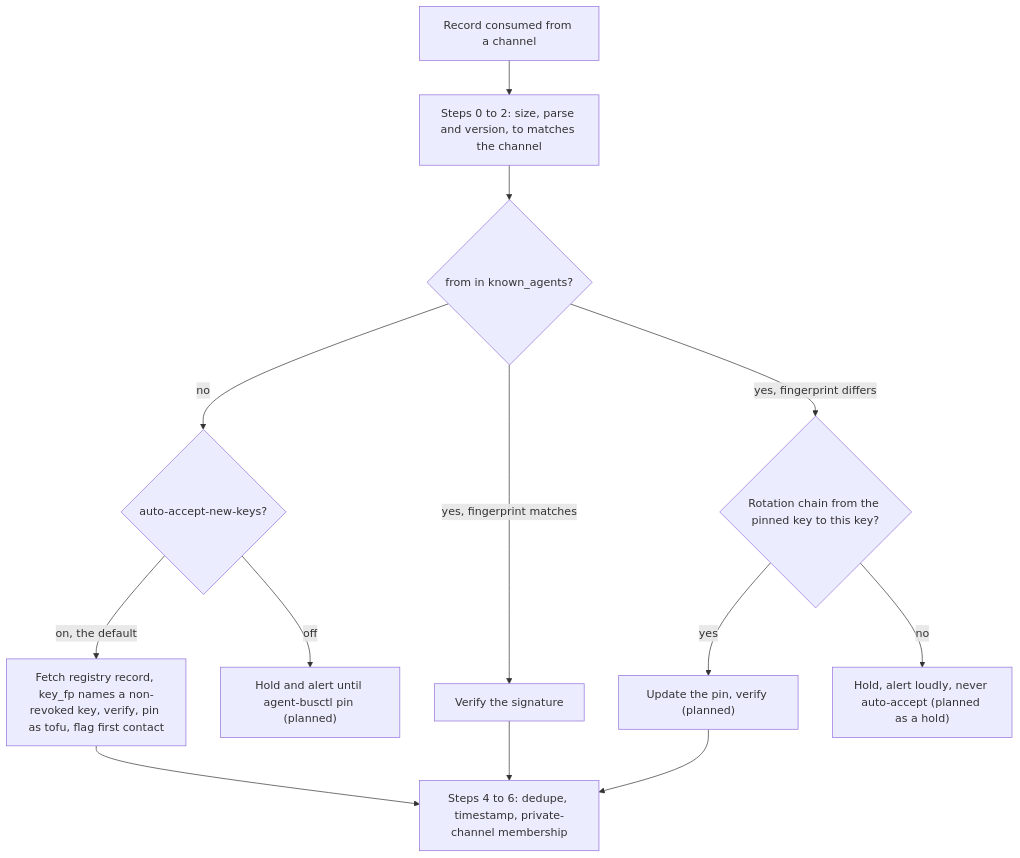
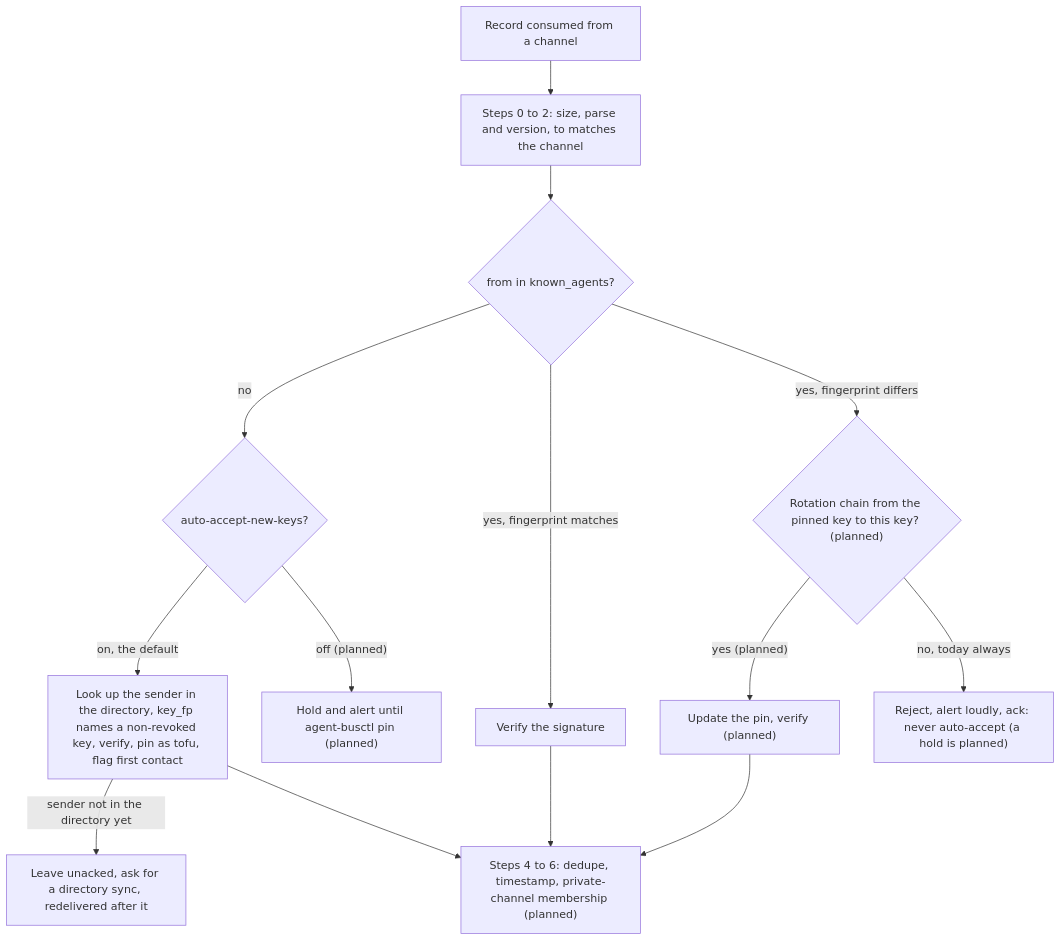
One commit to gentoomaniac/agent-bus changed the first of 2 diagrams in docs/design/identity-and-trust.md. Above: the diagram before and after it, drawn with Mermaid. The commit also changed other lines of this file, not shown here.

First line of the commit message:
docs(design): identity-and-trust separates built verification from planned holds and rotation

````diff
--- a/docs/design/identity-and-trust.md
+++ b/docs/design/identity-and-trust.md
@@ -66,15 +67,16 @@
 ```mermaid
 flowchart TD
   start["Record consumed from a channel"] --> early["Steps 0 to 2: size, parse and version, to matches the channel"]
   early --> known{"from in known_agents?"}
   known -->|"no"| auto{"auto-accept-new-keys?"}
-  auto -->|"on, the default"| tofu["Fetch registry record, key_fp names a non-revoked key, verify, pin as tofu, flag first contact"]
-  auto -->|"off"| holdunknown["Hold and alert until agent-busctl pin (planned)"]
+  auto -->|"on, the default"| tofu["Look up the sender in the directory, key_fp names a non-revoked key, verify, pin as tofu, flag first contact"]
+  tofu -->|"sender not in the directory yet"| unacked["Leave unacked, ask for a directory sync, redelivered after it"]
+  auto -->|"off (planned)"| holdunknown["Hold and alert until agent-busctl pin (planned)"]
   known -->|"yes, fingerprint matches"| verify["Verify the signature"]
-  known -->|"yes, fingerprint differs"| chain{"Rotation chain from the pinned key to this key?"}
-  chain -->|"yes"| repin["Update the pin, verify (planned)"]
-  chain -->|"no"| holdchanged["Hold, alert loudly, never auto-accept (planned as a hold)"]
-  tofu --> late["Steps 4 to 6: dedupe, timestamp, private-channel membership"]
+  known -->|"yes, fingerprint differs"| chain{"Rotation chain from the pinned key to this key? (planned)"}
+  chain -->|"yes (planned)"| repin["Update the pin, verify (planned)"]
+  chain -->|"no, today always"| rejectchanged["Reject, alert loudly, ack: never auto-accept (a hold is planned)"]
+  tofu --> late["Steps 4 to 6: dedupe, timestamp, private-channel membership (planned)"]
   verify --> late
   repin --> late
 ```
````
